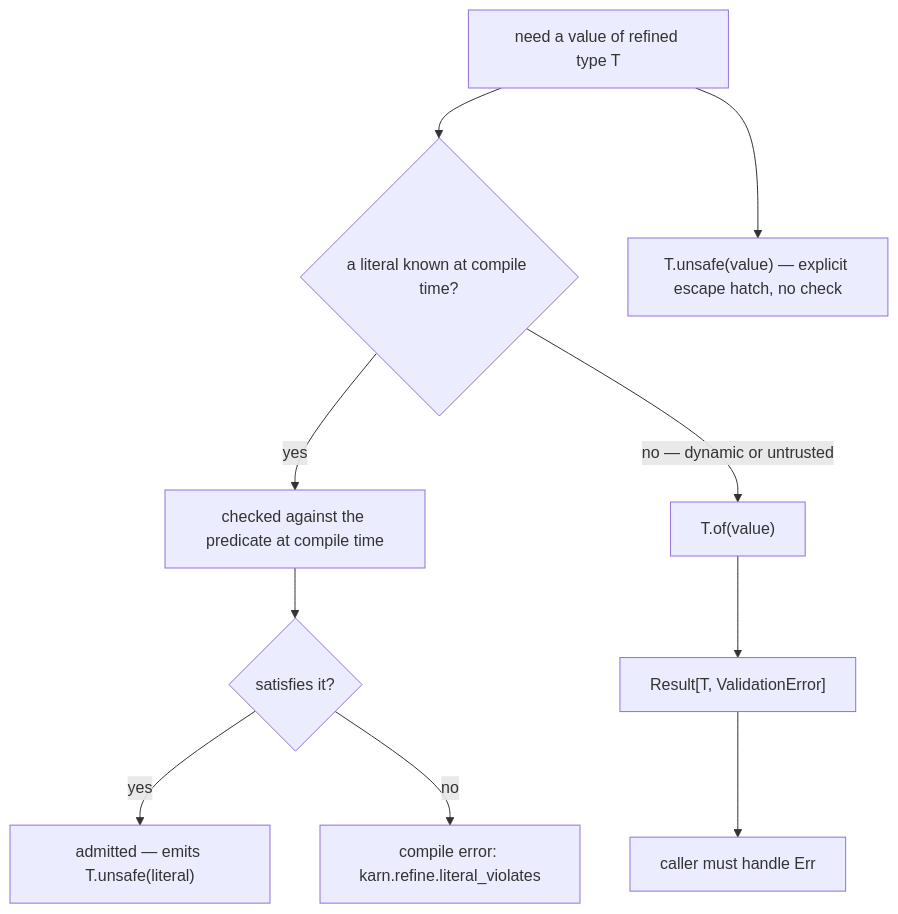
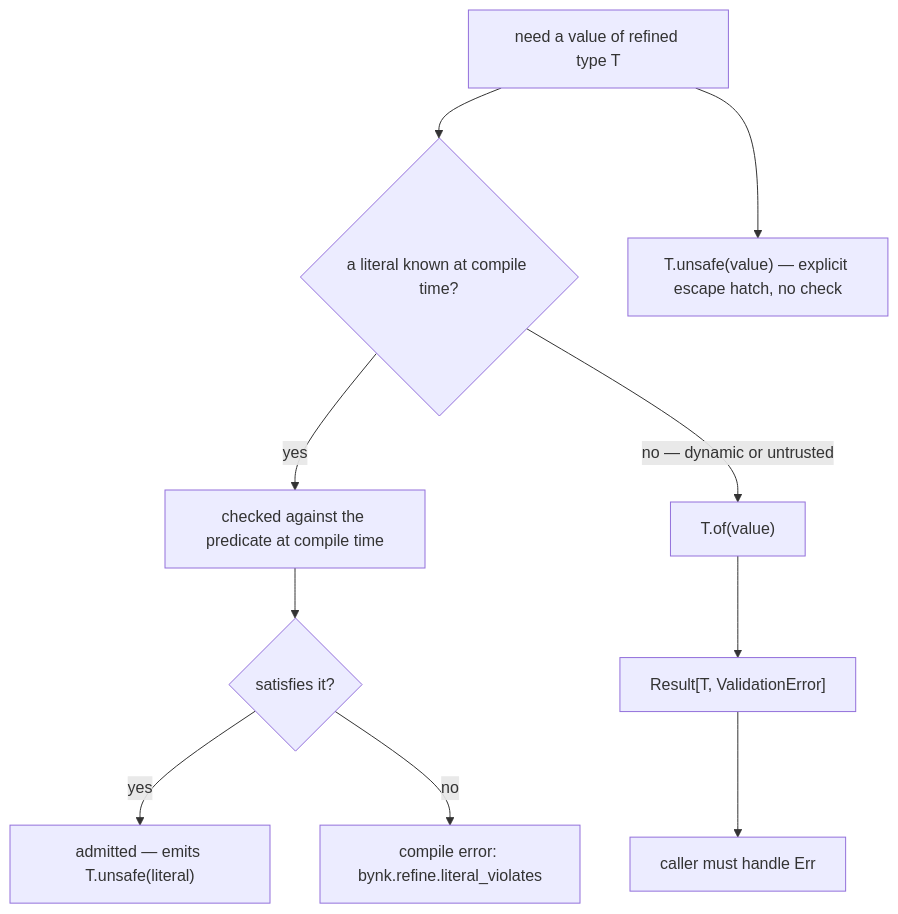
Before and after one commit to accuser/karn: the diagram in docs/src/guides/type-system/refined-literal-admission.md, drawn with Mermaid. The commit also changed other lines of this file and 1148 other files, not shown here.

First line of the commit message:
rename!: in-language reserved surface karn → bynk (breaking)

````diff
--- a/docs/src/guides/type-system/refined-literal-admission.md
+++ b/docs/src/guides/type-system/refined-literal-admission.md
@@ -66,12 +66,12 @@
 ```mermaid
 flowchart TD
   start["need a value of refined type T"] --> q{"a literal known at compile time?"}
   q -->|yes| check["checked against the predicate at compile time"]
   check --> ok{"satisfies it?"}
   ok -->|yes| admitted["admitted — emits T.unsafe(literal)"]
-  ok -->|no| err["compile error: karn.refine.literal_violates"]
+  ok -->|no| err["compile error: bynk.refine.literal_violates"]
   q -->|"no — dynamic or untrusted"| of["T.of(value)"]
   of --> res["Result[T, ValidationError]"]
   res --> handle["caller must handle Err"]
   start --> esc["T.unsafe(value) — explicit escape hatch, no check"]
 ```
````
